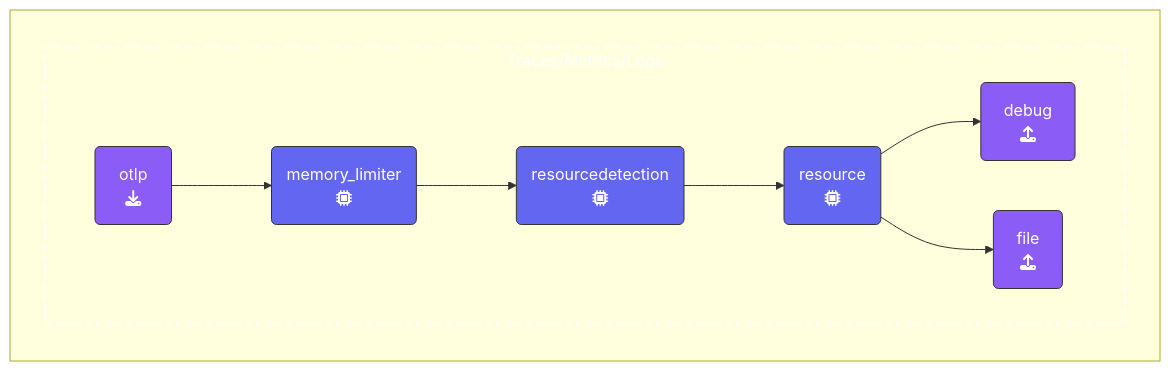
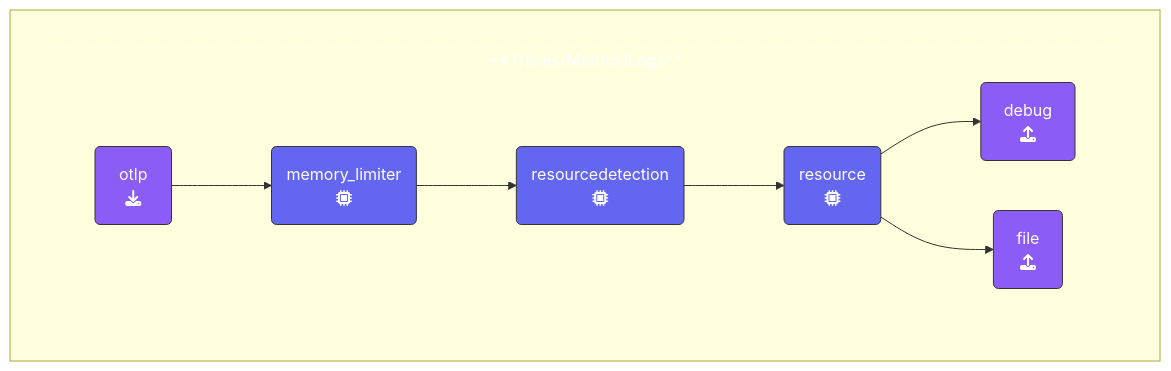
Before and after one commit to splunk/observability-workshop: the diagram in content/en/ninja-workshops/10-advanced-otel/1-agent/1-4-metadata/_index.md, drawn with Mermaid. The commit also changed other lines of this file and 1 other file, not shown here.

````diff
--- a/content/en/ninja-workshops/10-advanced-otel/1-agent/1-4-metadata/_index.md
+++ b/content/en/ninja-workshops/10-advanced-otel/1-agent/1-4-metadata/_index.md
@@ -54,27 +54,27 @@
 ```mermaid
 %%{init:{"fontFamily":"monospace"}}%%
 graph LR
     %% Nodes
       REC1(&nbsp;&nbsp;otlp&nbsp;&nbsp;<br>fa:fa-download):::receiver
       PRO1(memory_limiter<br>fa:fa-microchip):::processor
       PRO2(resourcedetection<br>fa:fa-microchip):::processor
       PRO3(resource<br>fa:fa-microchip):::processor
       EXP1(&ensp;debug&ensp;<br>fa:fa-upload):::exporter
       EXP2(&ensp;file&ensp;<br>fa:fa-upload):::exporter
     %% Links
     subID1:::sub-traces
     subgraph " "
-      subgraph subID1[Traces/Metrics/Logs]
+      subgraph subID1[**Traces/Metrics/Logs**]
       direction LR
       REC1 --> PRO1
       PRO1 --> PRO2
       PRO2 --> PRO3
       PRO3 --> EXP1
       PRO3 --> EXP2
       end
     end
 classDef receiver,exporter fill:#8b5cf6,stroke:#333,stroke-width:1px,color:#fff;
 classDef processor fill:#6366f1,stroke:#333,stroke-width:1px,color:#fff;
 classDef con-receive,con-export fill:#45c175,stroke:#333,stroke-width:1px,color:#fff;
-classDef sub-traces stroke:#fff,stroke-width:2px, color:#fff,stroke-dasharray: 5 5;
+classDef sub-traces stroke:#fff,stroke-width:1px, color:#fff,stroke-dasharray: 3 3;
 ```
````
